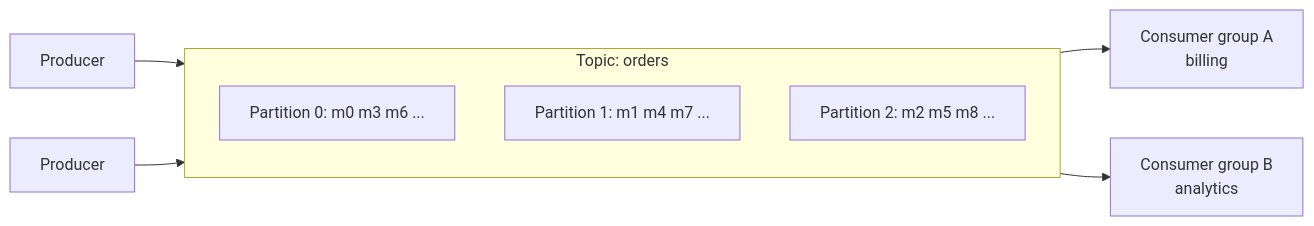
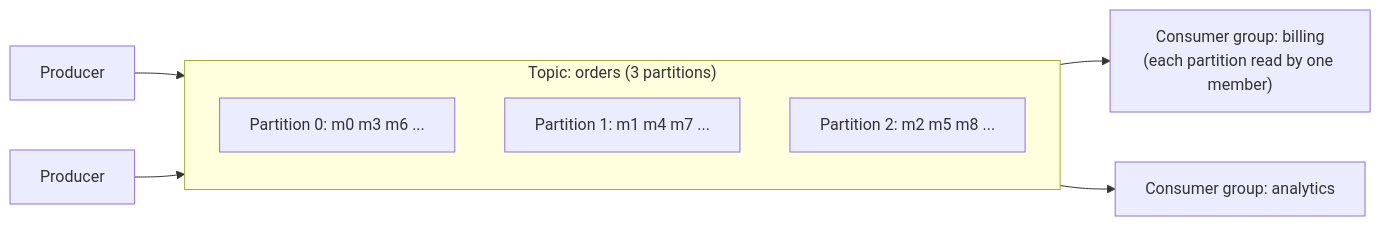
Before and after one commit to hshtgbrendo/software-dev-prep: the fourth of 5 diagrams in design/3 System Design/Messaging & Event Streaming.md, drawn with Mermaid. The commit also changed other lines of this file and 28 other files, not shown here.

````diff
--- a/design/3 System Design/Messaging & Event Streaming.md
+++ b/design/3 System Design/Messaging & Event Streaming.md
@@ -57,13 +108,13 @@
 ```mermaid
 flowchart LR
   P1[Producer] --> T
   P2[Producer] --> T
-  subgraph T[Topic: orders]
+  subgraph T["Topic: orders (3 partitions)"]
     direction TB
-    Pa[Partition 0: m0 m3 m6 ...]
-    Pb[Partition 1: m1 m4 m7 ...]
-    Pc[Partition 2: m2 m5 m8 ...]
+    Pa["Partition 0: m0 m3 m6 ..."]
+    Pb["Partition 1: m1 m4 m7 ..."]
+    Pc["Partition 2: m2 m5 m8 ..."]
   end
-  T --> G1[Consumer group A<br/>billing]
-  T --> G2[Consumer group B<br/>analytics]
+  T --> G1["Consumer group: billing<br/>(each partition read by one member)"]
+  T --> G2["Consumer group: analytics"]
 ```
````
